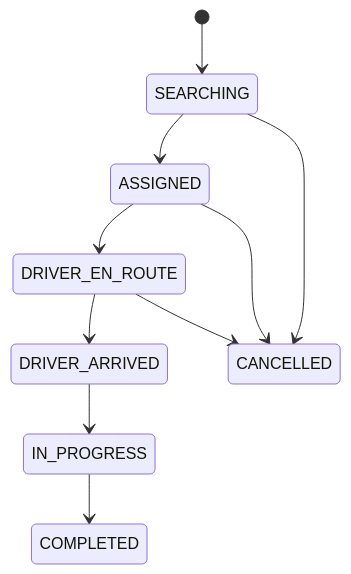
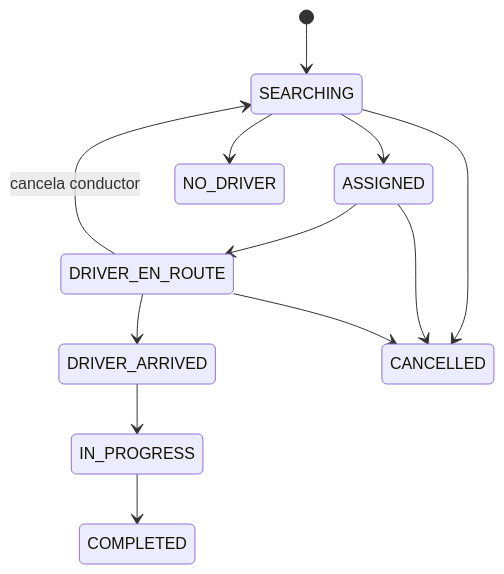
Before and after one commit to dfalcivar/AppMotoTaxi: the diagram in docs/fuentes/diagramas/estados-viaje.mmd, drawn with Mermaid. The commit also changed 116 other files, not shown here.

```diff
--- a/docs/fuentes/diagramas/estados-viaje.mmd
+++ b/docs/fuentes/diagramas/estados-viaje.mmd
@@ -1,10 +1,12 @@
 stateDiagram-v2
   [*] --> SEARCHING
   SEARCHING --> ASSIGNED
   ASSIGNED --> DRIVER_EN_ROUTE
   DRIVER_EN_ROUTE --> DRIVER_ARRIVED
   DRIVER_ARRIVED --> IN_PROGRESS
   IN_PROGRESS --> COMPLETED
+  SEARCHING --> NO_DRIVER
   SEARCHING --> CANCELLED
   ASSIGNED --> CANCELLED
   DRIVER_EN_ROUTE --> CANCELLED
+  DRIVER_EN_ROUTE --> SEARCHING : cancela conductor
```
